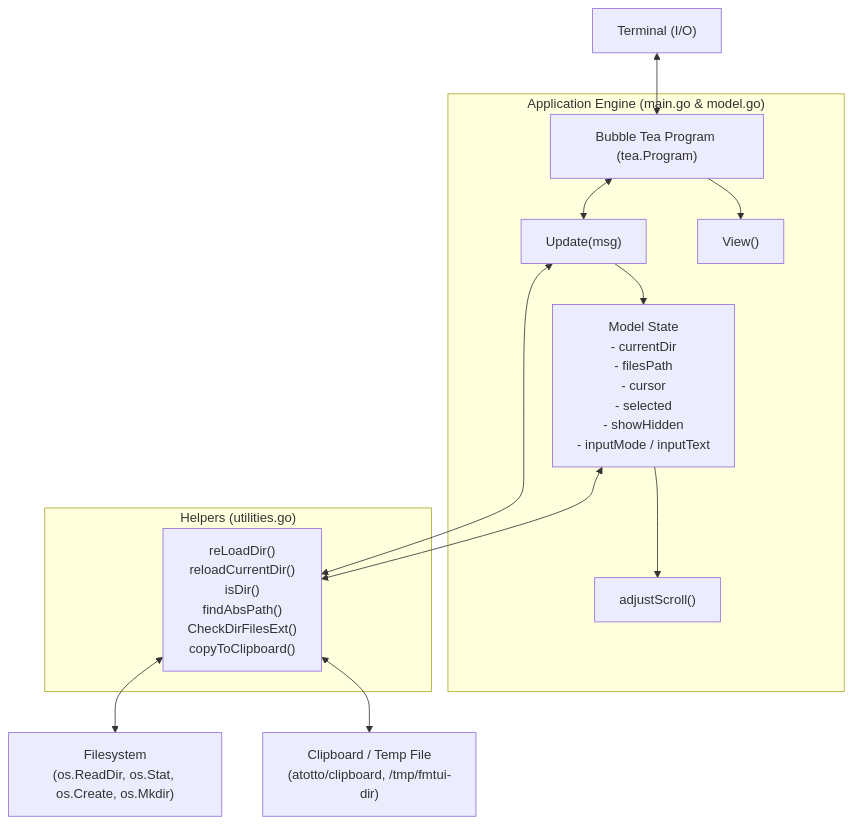
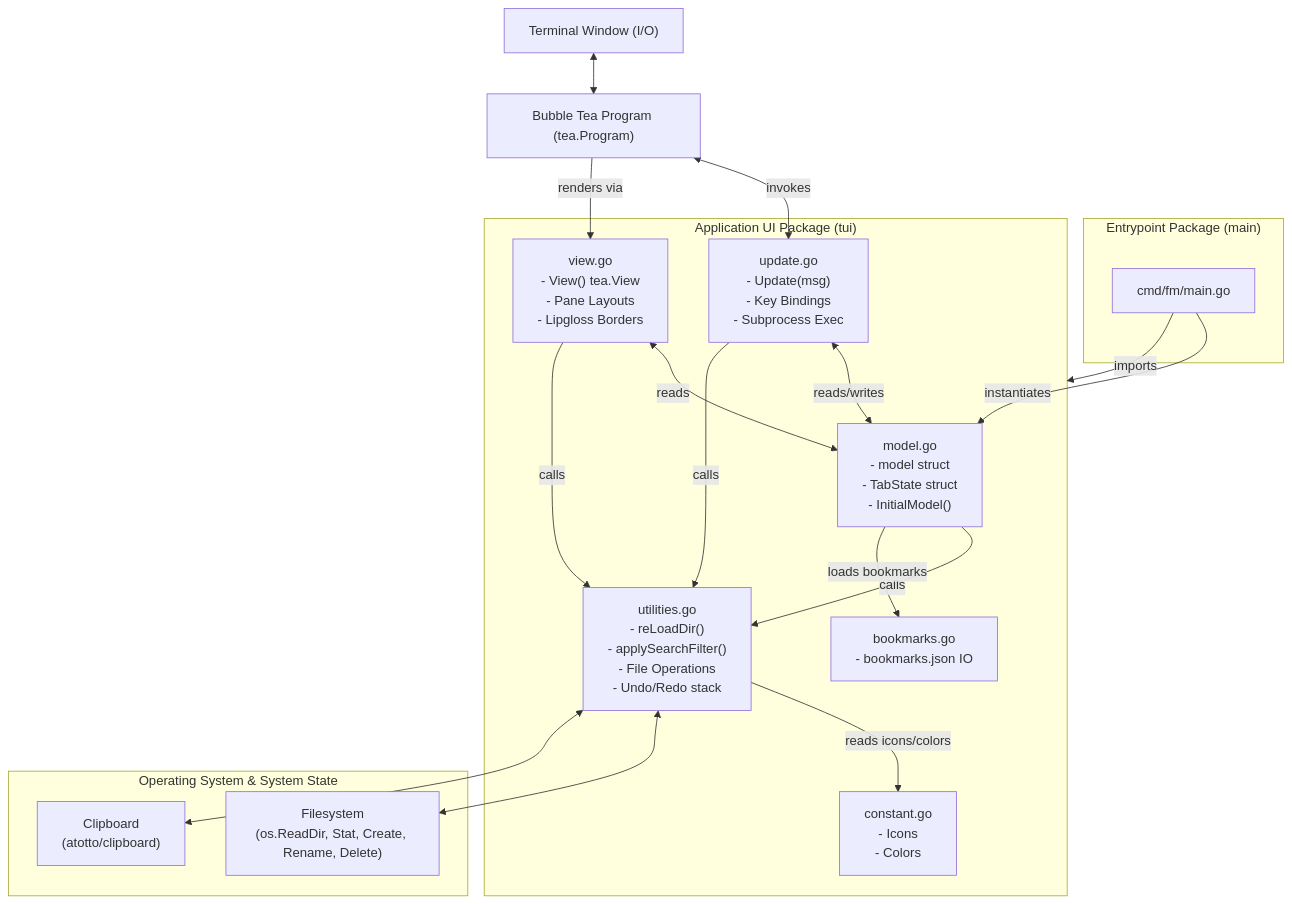
The first of 3 diagrams in .gemini/architecture_diagrams.md (chaiyut-kun/PoC-fmtui), drawn with Mermaid before and after one commit. The commit also changed other lines of this file and 3 other files, not shown here.

Commit message:
docs: update architecture & diagrams

````diff
--- a/.gemini/architecture_diagrams.md
+++ b/.gemini/architecture_diagrams.md
@@ -11,18 +11,32 @@
 ```mermaid
 flowchart TD
-    terminal["Terminal (I/O)"] <--> program["Bubble Tea Program (tea.Program)"]
+    terminal["Terminal Window (I/O)"] <--> tea["Bubble Tea Program (tea.Program)"]
     
-    subgraph App ["Application Engine (main.go & model.go)"]
-        program <--> update["Update(msg)"]
-        program --> view["View()"]
-        update --> state["Model State\n- currentDir\n- filesPath\n- cursor\n- selected\n- showHidden\n- inputMode / inputText"]
-        state --> adjustScroll["adjustScroll()"]
+    subgraph CMD ["Entrypoint Package (main)"]
+        main["cmd/fm/main.go"]
     end
     
-    subgraph Utils ["Helpers (utilities.go)"]
-        update & state <--> utils["reLoadDir()\nreloadCurrentDir()\nisDir()\nfindAbsPath()\nCheckDirFilesExt()\ncopyToClipboard()"]
+    subgraph TUI ["Application UI Package (tui)"]
+        model["model.go\n- model struct\n- TabState struct\n- InitialModel()"]
+        update["update.go\n- Update(msg)\n- Key Bindings\n- Subprocess Exec"]
+        view["view.go\n- View() tea.View\n- Pane Layouts\n- Lipgloss Borders"]
+        utils["utilities.go\n- reLoadDir()\n- applySearchFilter()\n- File Operations\n- Undo/Redo stack"]
+        consts["constant.go\n- Icons\n- Colors"]
+        bookmarks["bookmarks.go\n- bookmarks.json IO"]
     end
+
+    main -->|imports| TUI
+    main -->|instantiates| model
+    tea <-->|invokes| update
+    tea -->|renders via| view
+    update <-->|reads/writes| model
+    view <-->|reads| model
+    update & view & model -->|calls| utils
+    utils -->|reads icons/colors| consts
+    model -->|loads bookmarks| bookmarks
     
-    utils <--> FS["Filesystem\n(os.ReadDir, os.Stat, os.Create, os.Mkdir)"]
-    utils <--> Clip["Clipboard / Temp File\n(atotto/clipboard, /tmp/fmtui-dir)"]
+    subgraph OS ["Operating System & System State"]
+        utils <--> FS["Filesystem\n(os.ReadDir, Stat, Create, Rename, Delete)"]
+        utils <--> Clip["Clipboard\n(atotto/clipboard)"]
+    end
 ```
````
